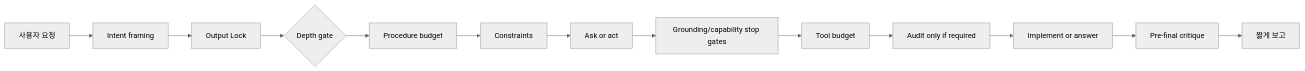
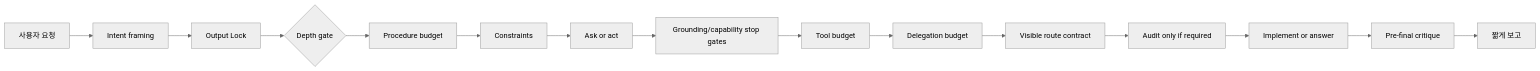
One commit to Nam-Cheol/codex-fable-mode changed the diagram in README.md. Above: the diagram before and after it, drawn with Mermaid (neutral theme). The commit also changed other lines of this file and 23 other files, not shown here.

Commit message:
Add visible route and delegation guidance

````diff
--- a/README.md
+++ b/README.md
@@ -37,15 +39,17 @@
 ```mermaid
 flowchart LR
     A["사용자 요청"] --> B["Intent framing"]
     B --> C["Output Lock"]
     C --> D{"Depth gate"}
     D --> E["Procedure budget"]
     E --> F["Constraints"]
     F --> G["Ask or act"]
     G --> H["Grounding/capability stop gates"]
     H --> I["Tool budget"]
-    I --> J["Audit only if required"]
-    J --> K["Implement or answer"]
+    I --> J["Delegation budget"]
+    J --> N["Visible route contract"]
+    N --> O["Audit only if required"]
+    O --> K["Implement or answer"]
     K --> L["Pre-final critique"]
     L --> M["짧게 보고"]
 ```
````
